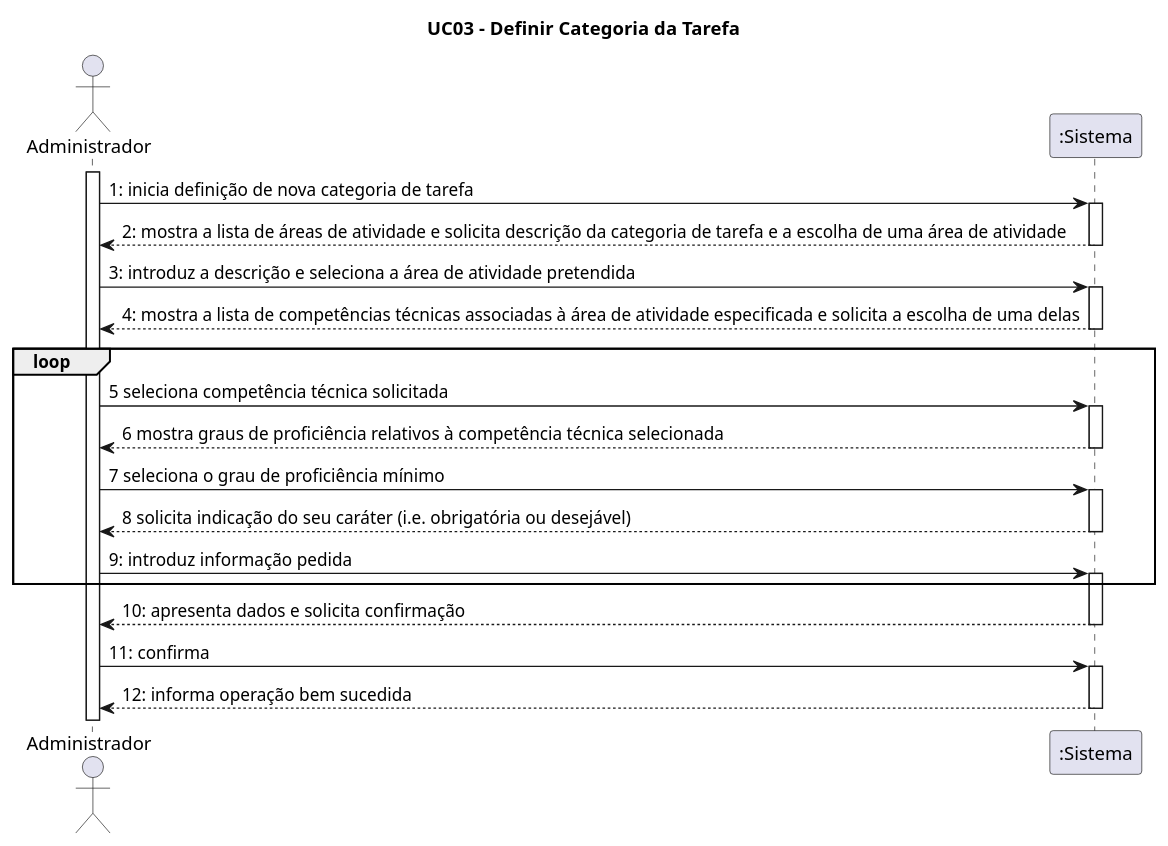
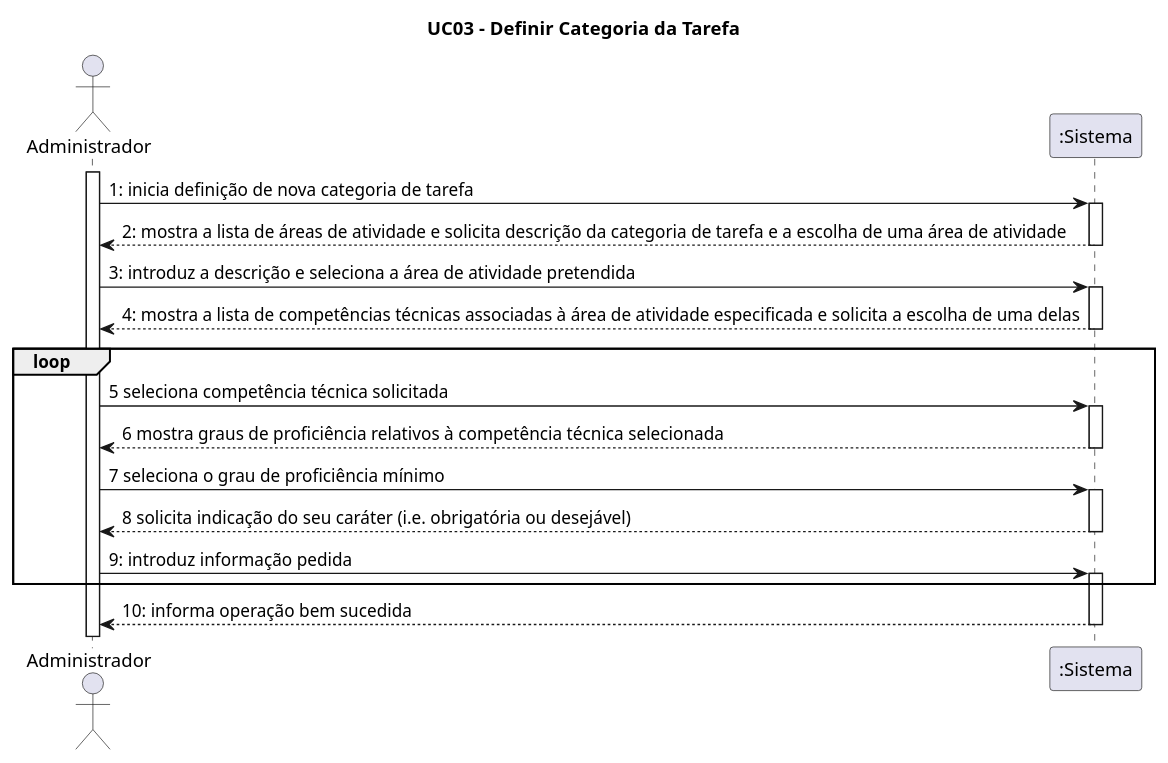
One commit to blestonbandeiraUPSKILL/upskill_java1_labprg_grupo2 changed the diagram in Documentação/Sprint 2/UC03_Definir_Categoria_Tarefa/UC03_Definir_Categoria_Tarefa_SSD.wsd. Above: the diagram before and after it, drawn with PlantUML. The commit also changed 11 other files, not shown here.

```diff
--- a/Documentação/Sprint 2/UC03_Definir_Categoria_Tarefa/UC03_Definir_Categoria_Tarefa_SSD.wsd
+++ b/Documentação/Sprint 2/UC03_Definir_Categoria_Tarefa/UC03_Definir_Categoria_Tarefa_SSD.wsd
@@ -1,49 +1,43 @@
 @startuml
 
 title UC03 - Definir Categoria da Tarefa
 
 actor Administrador
 participant ":Sistema" as Sistema 
 
 activate Administrador
 
 Administrador -> Sistema: 1: inicia definição de nova categoria de tarefa
 activate Sistema
 
 Sistema --> Administrador: 2: mostra a lista de áreas de atividade e solicita descrição da categoria de tarefa e a escolha de uma área de atividade
 deactivate Sistema
 
 Administrador -> Sistema: 3: introduz a descrição e seleciona a área de atividade pretendida
 activate Sistema
 
 Sistema --> Administrador: 4: mostra a lista de competências técnicas associadas à área de atividade especificada e solicita a escolha de uma delas
 deactivate Sistema
 
 loop
 
 Administrador -> Sistema: 5 seleciona competência técnica solicitada
 activate Sistema
 
 Sistema --> Administrador: 6 mostra graus de proficiência relativos à competência técnica selecionada
 deactivate Sistema
 
 Administrador -> Sistema: 7 seleciona o grau de proficiência mínimo
 activate Sistema
 
 Sistema --> Administrador: 8 solicita indicação do seu caráter (i.e. obrigatória ou desejável)
 deactivate Sistema
 
 Administrador -> Sistema: 9: introduz informação pedida
 activate Sistema
 
 end
 
-Sistema --> Administrador: 10: apresenta dados e solicita confirmação
-deactivate Sistema
-
-Administrador -> Sistema: 11: confirma
-activate Sistema
-
-Sistema --> Administrador: 12: informa operação bem sucedida
+Sistema --> Administrador: 10: informa operação bem sucedida
 deactivate Sistema
 @enduml
```
